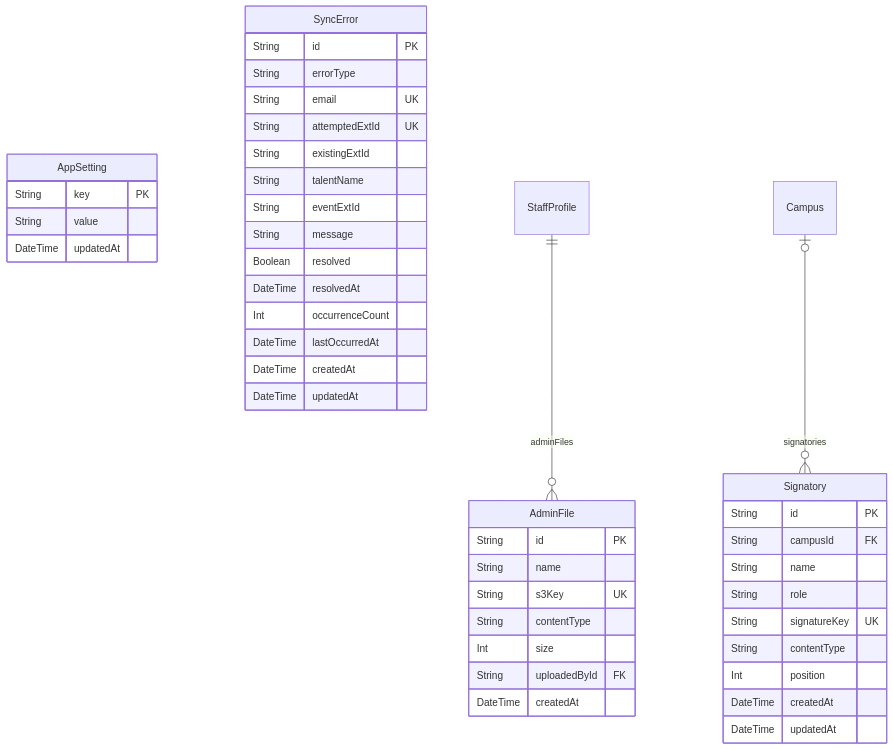
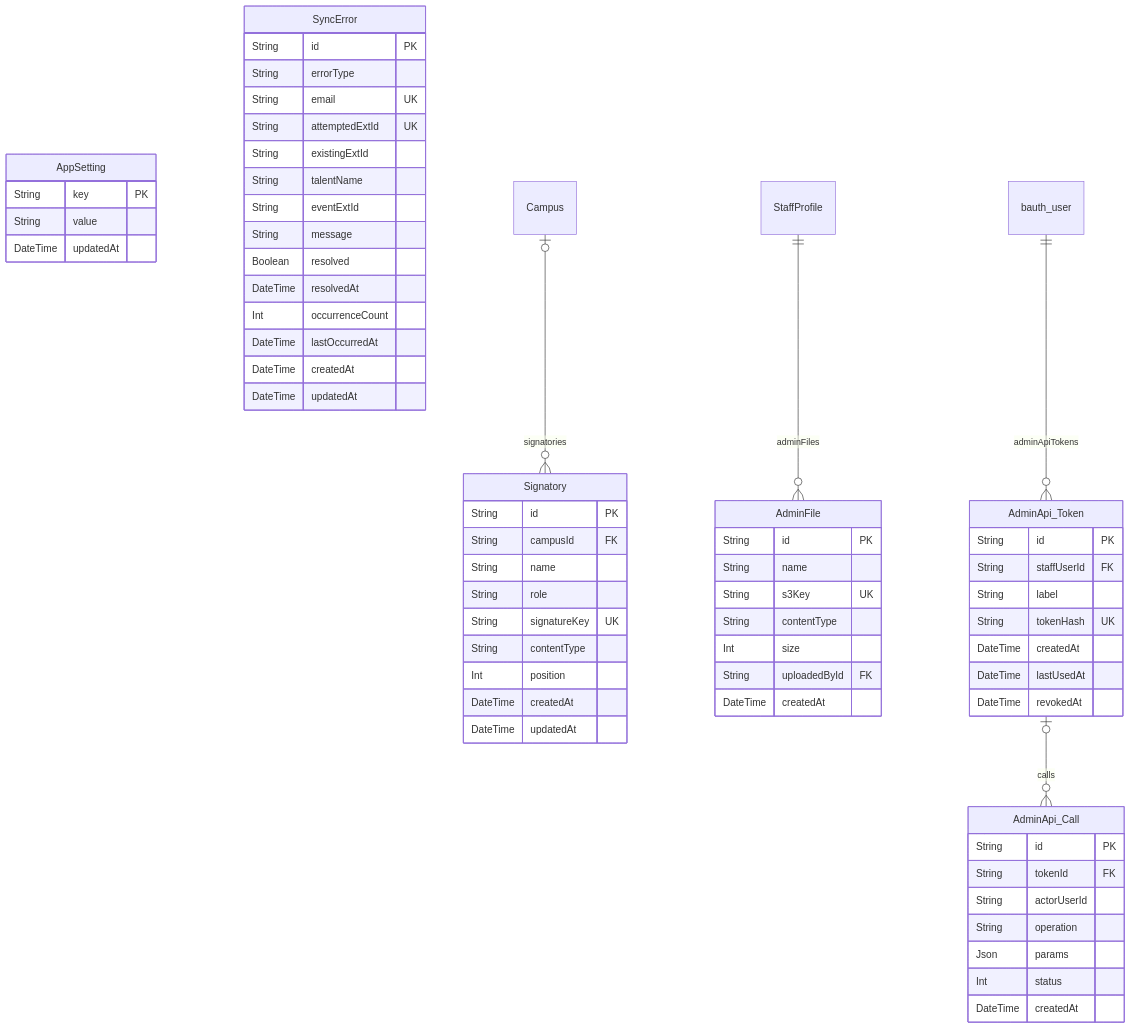
The tenth of 10 diagrams in frontend/docs/database.md (Manta-Epitech-Academy/jump), drawn with Mermaid before and after one commit. The commit also changed other lines of this file and 53 other files, not shown here.

First line of the commit message:
feat(admin): curated admin API, MCP pilot & service extraction

````diff
--- a/frontend/docs/database.md
+++ b/frontend/docs/database.md
@@ -802,50 +802,72 @@
 ```mermaid
 erDiagram
   AppSetting {
     String key PK
     String value
     DateTime updatedAt
   }
   Signatory {
     String id PK
     String campusId FK
     String name
     String role
     String signatureKey UK
     String contentType
     Int position
     DateTime createdAt
     DateTime updatedAt
   }
   AdminFile {
     String id PK
     String name
     String s3Key UK
     String contentType
     Int size
     String uploadedById FK
     DateTime createdAt
   }
   SyncError {
     String id PK
     String errorType
     String email UK
     String attemptedExtId UK
     String existingExtId
     String talentName
     String eventExtId
     String message
     Boolean resolved
     DateTime resolvedAt
     Int occurrenceCount
     DateTime lastOccurredAt
     DateTime createdAt
     DateTime updatedAt
   }
+  AdminApi_Token {
+    String id PK
+    String staffUserId FK
+    String label
+    String tokenHash UK
+    DateTime createdAt
+    DateTime lastUsedAt
+    DateTime revokedAt
+  }
+  AdminApi_Call {
+    String id PK
+    String tokenId FK
+    String actorUserId
+    String operation
+    Json params
+    Int status
+    DateTime createdAt
+  }
+  bauth_user {
+  }
   StaffProfile {
   }
   Campus {
   }
+  bauth_user ||--o{ AdminApi_Token : "adminApiTokens"
   StaffProfile ||--o{ AdminFile : "adminFiles"
   Campus |o--o{ Signatory : "signatories"
+  AdminApi_Token |o--o{ AdminApi_Call : "calls"
 ```
````
